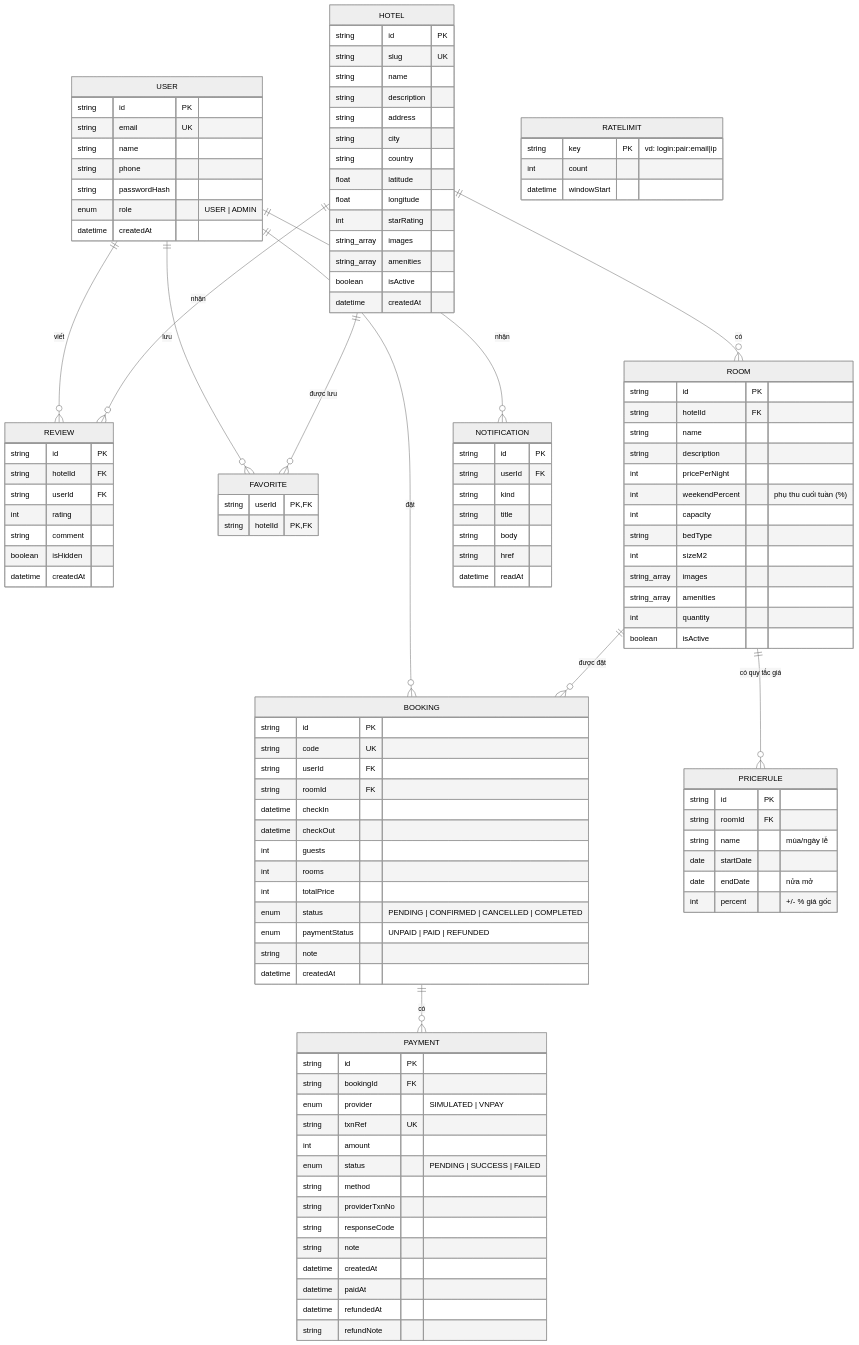
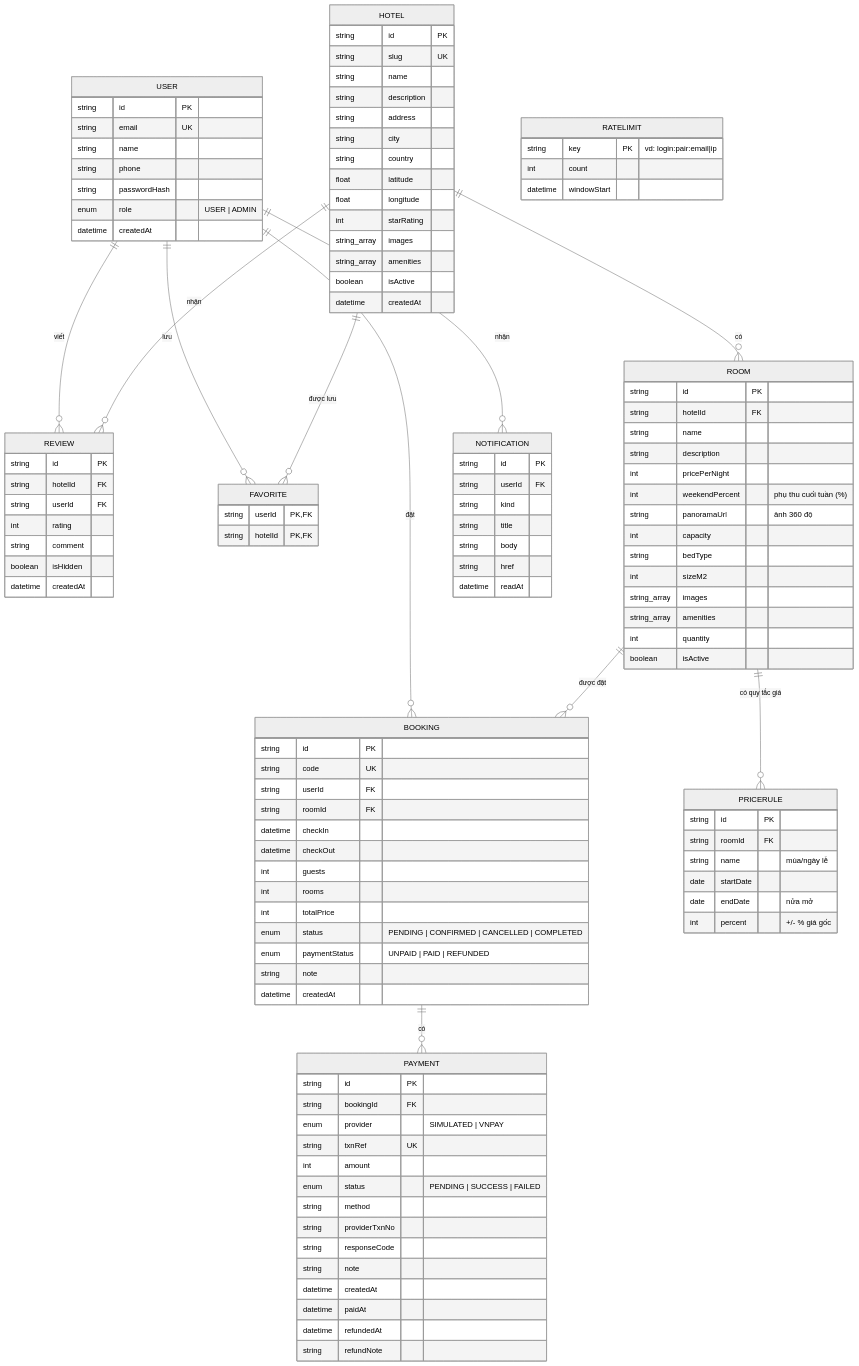
The diagram in README.md (ongtrumphuong/TTTN_Booking_Hotel), drawn with Mermaid (neutral theme) before and after one commit. The commit also changed other lines of this file and 27 other files, not shown here.

```diff
--- a/README.md
+++ b/README.md
@@ -212,6 +217,7 @@
         string description
         int pricePerNight
         int weekendPercent "phụ thu cuối tuần (%)"
+        string panoramaUrl "ảnh 360 độ"
         int capacity
         string bedType
         int sizeM2
```
